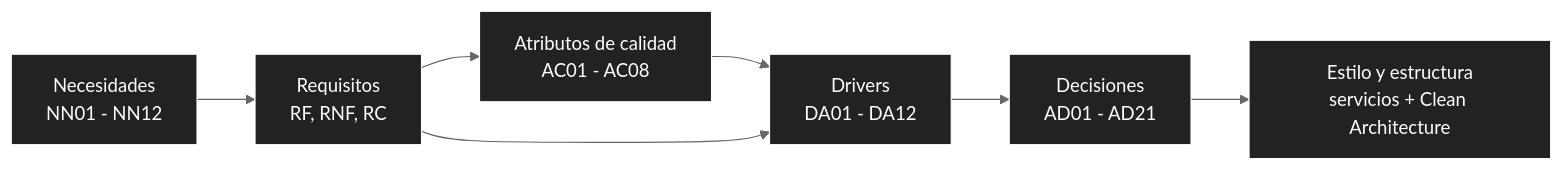
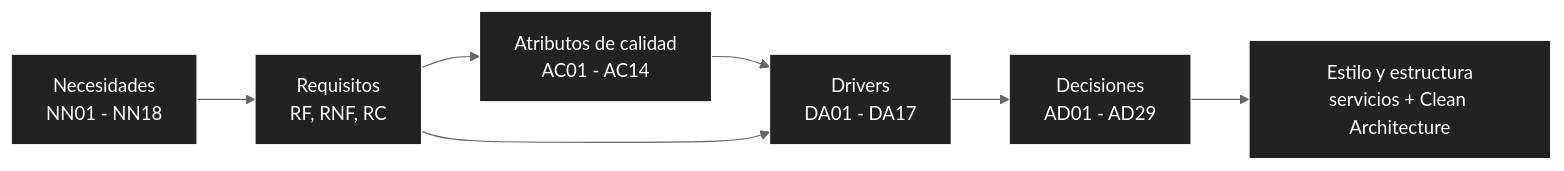
The diagram in docs/02-arquitectura-de-software/01-drivers-arquitectonicos.md (P35C4D0R4B1050/BabelHub), drawn with Mermaid (neutral theme) before and after one commit. The commit also changed other lines of this file and 2 other files, not shown here.

First line of the commit message:
docs: add quality attributes, drivers and decisions for security and UX (R1)

````diff
--- a/docs/02-arquitectura-de-software/01-drivers-arquitectonicos.md
+++ b/docs/02-arquitectura-de-software/01-drivers-arquitectonicos.md
@@ -7,16 +7,16 @@
 ```mermaid
 flowchart LR
-NN["Necesidades<br/>NN01 - NN12"] --> REQ["Requisitos<br/>RF, RNF, RC"]
-REQ --> AC["Atributos de calidad<br/>AC01 - AC08"]
-AC --> DA["Drivers<br/>DA01 - DA12"]
+NN["Necesidades<br/>NN01 - NN18"] --> REQ["Requisitos<br/>RF, RNF, RC"]
+REQ --> AC["Atributos de calidad<br/>AC01 - AC14"]
+AC --> DA["Drivers<br/>DA01 - DA17"]
 REQ --> DA
-DA --> AD["Decisiones<br/>AD01 - AD21"]
+DA --> AD["Decisiones<br/>AD01 - AD29"]
 AD --> EST["Estilo y estructura<br/>servicios + Clean Architecture"]
 
 style NN fill:#222,stroke:#fff,color:#fff
 style REQ fill:#222,stroke:#fff,color:#fff
 style AC fill:#222,stroke:#fff,color:#fff
 style DA fill:#222,stroke:#fff,color:#fff
 style AD fill:#222,stroke:#fff,color:#fff
 style EST fill:#222,stroke:#fff,color:#fff
 ```
````
